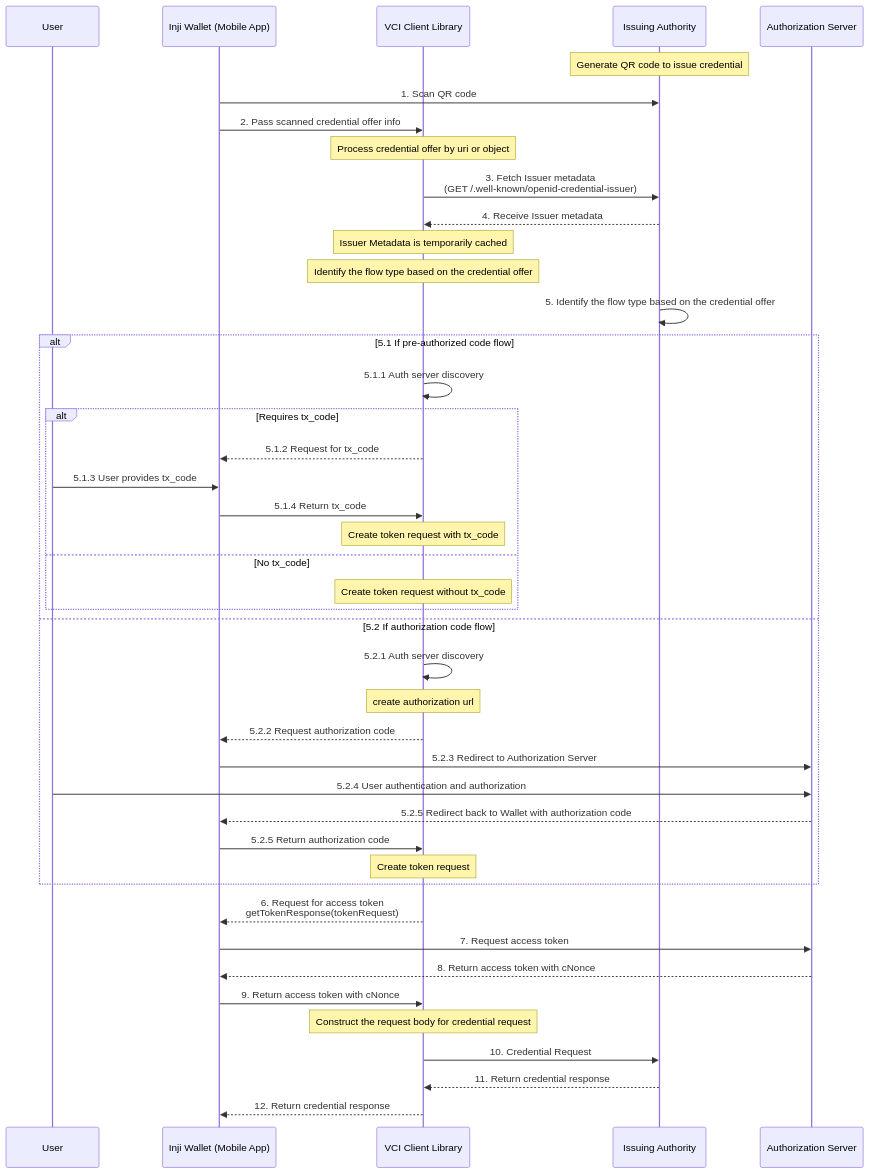
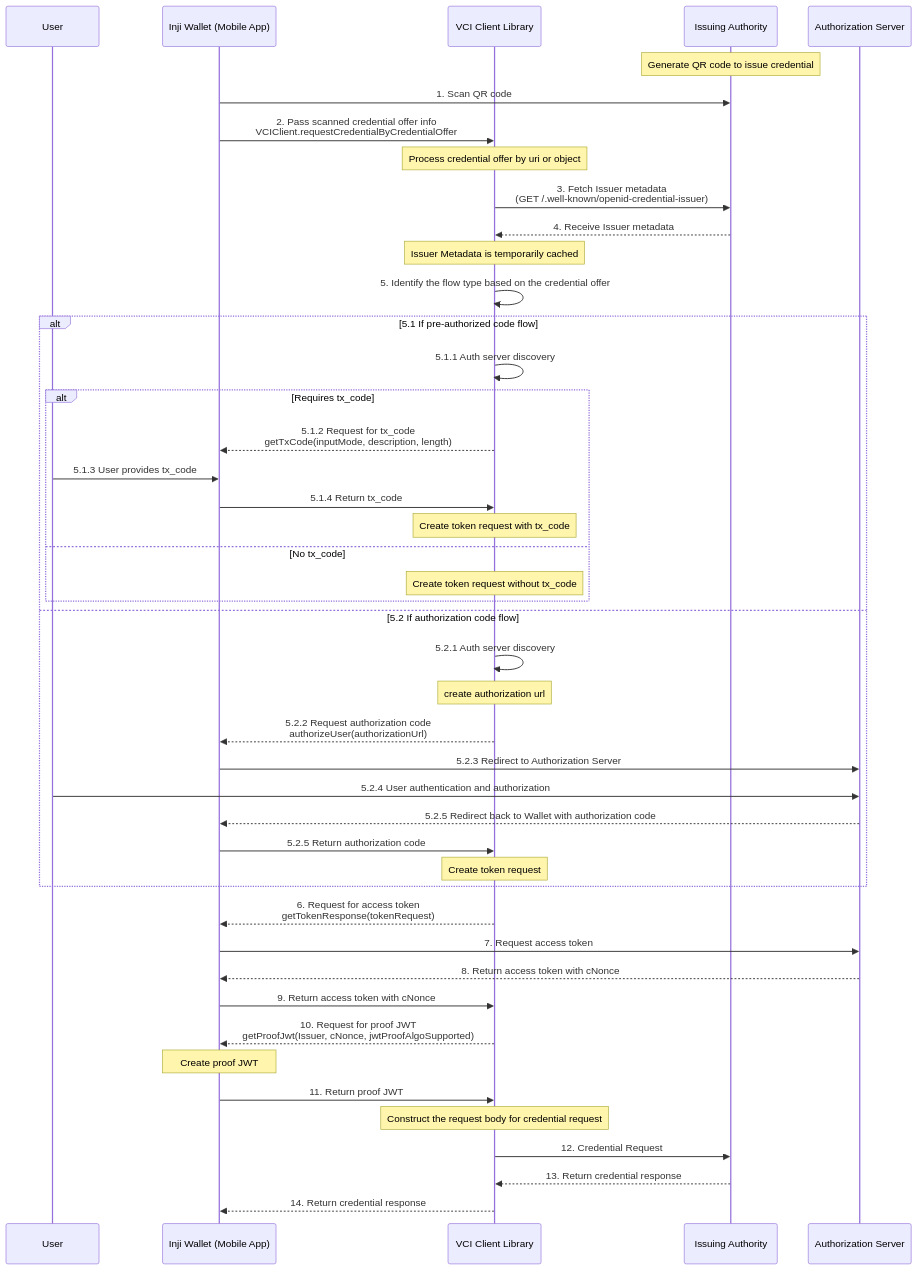
One commit to mijan32/inji-wallet changed the diagram in docs/credential-offer-support.md. Above: the diagram before and after it, drawn with Mermaid. The commit also changed other lines of this file, not shown here.

Commit message:
[INJIMOB-3392] - Update design doc for credential offer

````diff
--- a/docs/credential-offer-support.md
+++ b/docs/credential-offer-support.md
@@ -20,46 +20,48 @@
 ```mermaid
 sequenceDiagram
   participant U as User
   participant W as Inji Wallet (Mobile App)
   participant VCI as VCI Client Library
   participant Certify as Issuing Authority
   participant AS as Authorization Server
   
   Note over Certify: Generate QR code to issue credential
   W->>Certify: 1. Scan QR code
-  W->>VCI: 2. Pass scanned credential offer info
+  W->>VCI: 2. Pass scanned credential offer info<br/>VCIClient.requestCredentialByCredentialOffer
   Note over VCI: Process credential offer by uri or object
   VCI->>Certify: 3. Fetch Issuer metadata<br/>(GET /.well-known/openid-credential-issuer)
   Certify-->>VCI: 4. Receive Issuer metadata
   Note over VCI: Issuer Metadata is temporarily cached
-  Note over VCI: Identify the flow type based on the credential offer
-  Certify->>Certify: 5. Identify the flow type based on the credential offer
+  VCI->>VCI: 5. Identify the flow type based on the credential offer
   alt 5.1 If pre-authorized code flow
     VCI->>VCI: 5.1.1 Auth server discovery
     alt Requires tx_code
-      VCI-->>W: 5.1.2 Request for tx_code
+      VCI-->>W: 5.1.2 Request for tx_code<br/>getTxCode(inputMode, description, length)
       U->>W: 5.1.3 User provides tx_code
       W->>VCI: 5.1.4 Return tx_code
       Note over VCI: Create token request with tx_code
     else No tx_code
       Note over VCI: Create token request without tx_code
     end
   else 5.2 If authorization code flow
     VCI->>VCI: 5.2.1 Auth server discovery
     Note over VCI: create authorization url
-    VCI-->>W: 5.2.2 Request authorization code
+    VCI-->>W: 5.2.2 Request authorization code<br/>authorizeUser(authorizationUrl)
     W->>AS: 5.2.3 Redirect to Authorization Server
     U->>AS: 5.2.4 User authentication and authorization
     AS-->>W: 5.2.5 Redirect back to Wallet with authorization code
     W->>VCI: 5.2.5 Return authorization code
     Note over VCI: Create token request
   end
     VCI-->>W: 6. Request for access token<br/>getTokenResponse(tokenRequest)
     W->>AS: 7. Request access token
     AS-->>W: 8. Return access token with cNonce
     W->>VCI: 9. Return access token with cNonce
+    VCI-->>W: 10. Request for proof JWT<br/>getProofJwt(Issuer, cNonce, jwtProofAlgoSupported)
+    Note over W: Create proof JWT
+    W->>VCI: 11. Return proof JWT
     Note over VCI: Construct the request body for credential request
-    VCI->>Certify: 10. Credential Request
-    Certify-->>VCI: 11. Return credential response
-    VCI-->>W: 12. Return credential response
+    VCI->>Certify: 12. Credential Request
+    Certify-->>VCI: 13. Return credential response
+    VCI-->>W: 14. Return credential response
 ```
````
